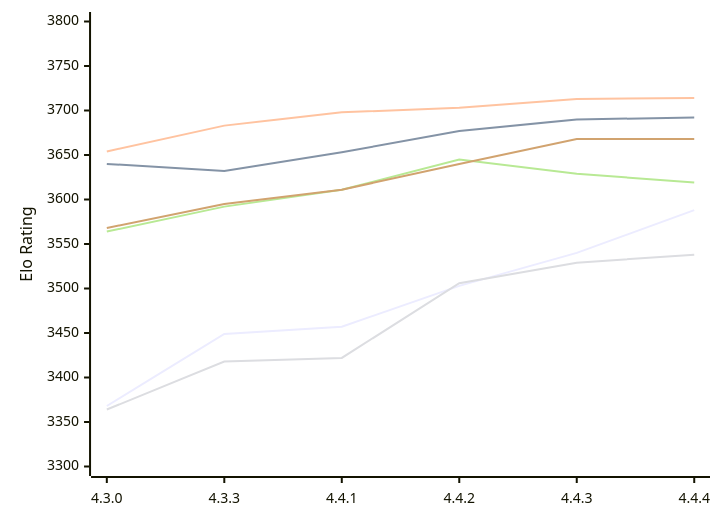
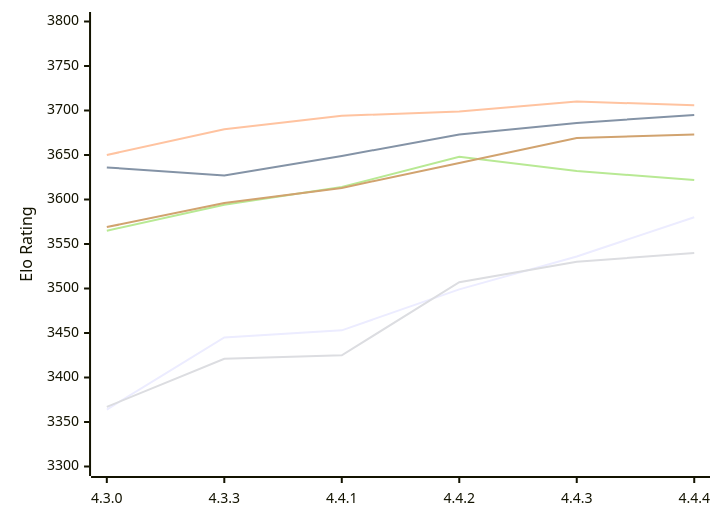
The first of 2 diagrams in engines/Gaia.md (computer-chess-index/cci), drawn with Mermaid before and after one commit. The commit also changed other lines of this file, not shown here.

Commit message:
Update CCI Ratings (ELO VLTC) - 2026-11-21

````diff
--- a/engines/Gaia.md
+++ b/engines/Gaia.md
@@ -63,12 +63,12 @@
 ```mermaid
 %%{init: {"theme":"base","themeVariables":{"seriesColors:['#a3a3a3','#222221','#faa371']}}}%%
 xychart-beta
   x-axis ["4.3.0", "4.3.3", "4.4.1", "4.4.2", "4.4.3", "4.4.4"]
   y-axis "Elo Rating" 3300 --> 3800
-  line "E1: STC (8.0+0.08s)" [3368, 3449, 3457, 3503, 3540, 3588]
-  line "E1: LTC (60.0+0.60s)" [3640, 3632, 3653, 3677, 3690, 3692]
-  line "E1: VLTC (2m24s+1.12s)" [3654, 3683, 3698, 3703, 3713, 3714]
-  line "P1: STC (8.0+0.08s)" [3364, 3418, 3422, 3506, 3529, 3538]
-  line "P1: LTC (60.0+0.60s)" [3564, 3592, 3611, 3645, 3629, 3619]
-  line "P1: VLTC (2m24s+1.12s)" [3568, 3595, 3611, 3640, 3668, 3668]
+  line "E1: STC (8.0+0.08s)" [3364, 3445, 3453, 3499, 3536, 3580]
+  line "E1: LTC (60.0+0.60s)" [3636, 3627, 3649, 3673, 3686, 3695]
+  line "E1: VLTC (2m24s+1.12s)" [3650, 3679, 3694, 3699, 3710, 3706]
+  line "P1: STC (8.0+0.08s)" [3367, 3421, 3425, 3507, 3530, 3540]
+  line "P1: LTC (60.0+0.60s)" [3565, 3594, 3614, 3648, 3632, 3622]
+  line "P1: VLTC (2m24s+1.12s)" [3569, 3596, 3613, 3641, 3669, 3673]
 ```
````
